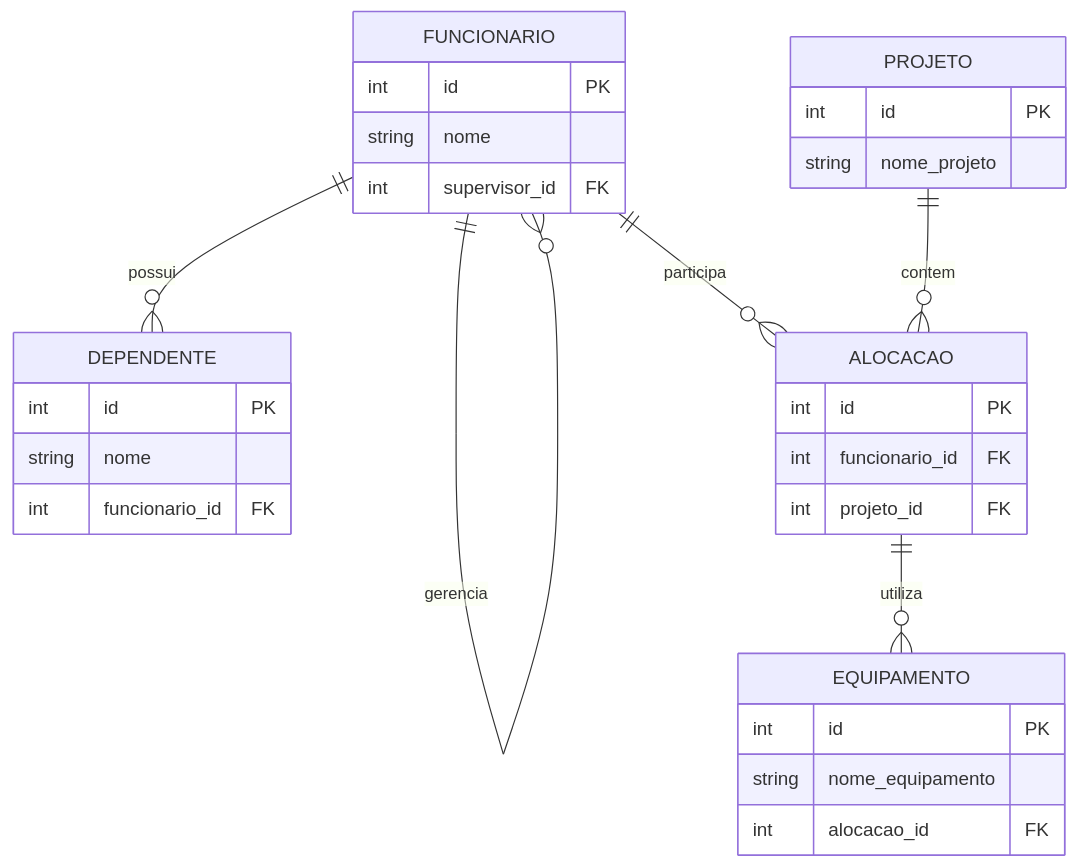
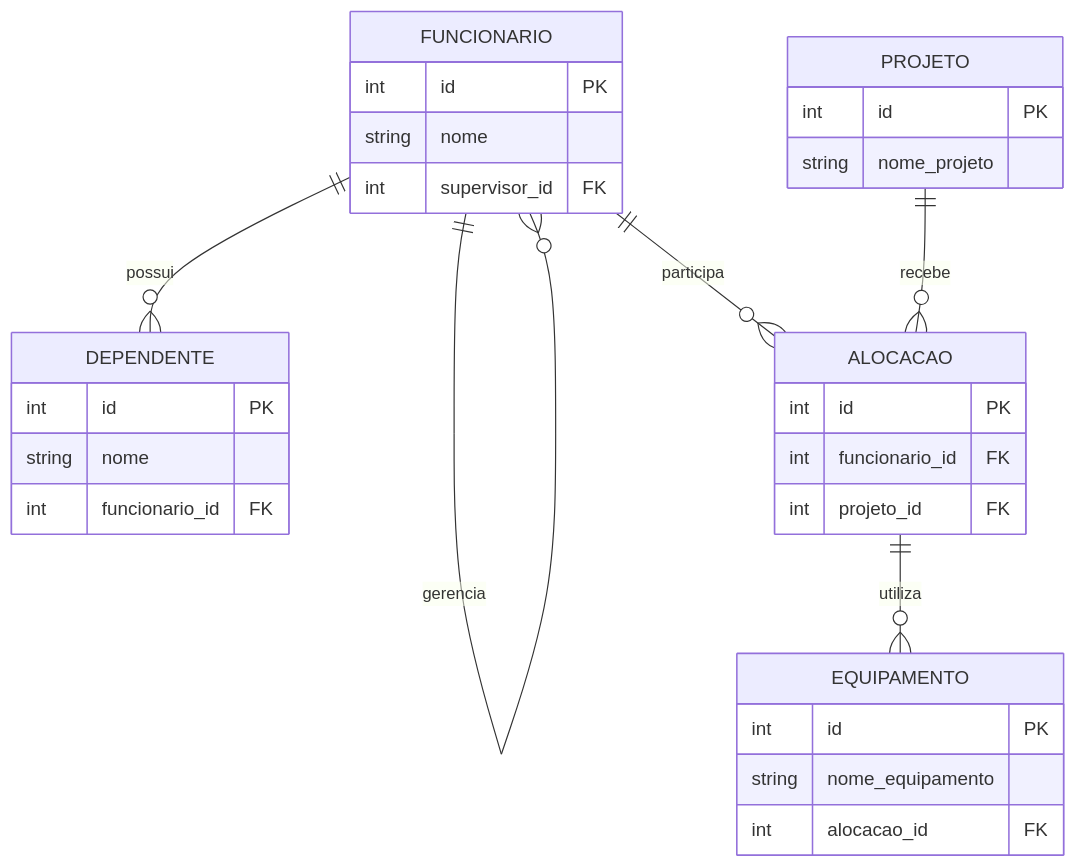
The diagram in README.md (jlmzin/projeto-bd-agregacao), drawn with Mermaid before and after one commit. The commit also changed other lines of this file, not shown here.

First line of the commit message:
Revise README with project details and ER diagram

````diff
--- a/README.md
+++ b/README.md
@@ -18,38 +34,38 @@
 ```mermaid
 erDiagram
-
-    FUNCIONARIO ||--o{ FUNCIONARIO : gerencia
-    FUNCIONARIO ||--o{ DEPENDENTE : possui
-    FUNCIONARIO ||--o{ ALOCACAO : participa
-    PROJETO ||--o{ ALOCACAO : contem
-    ALOCACAO ||--o{ EQUIPAMENTO : utiliza
 
     FUNCIONARIO {
         int id PK
         string nome
         int supervisor_id FK
     }
 
     DEPENDENTE {
         int id PK
         string nome
         int funcionario_id FK
     }
 
     PROJETO {
         int id PK
         string nome_projeto
     }
 
     ALOCACAO {
         int id PK
         int funcionario_id FK
         int projeto_id FK
     }
 
     EQUIPAMENTO {
         int id PK
         string nome_equipamento
         int alocacao_id FK
     }
+
+    FUNCIONARIO ||--o{ FUNCIONARIO : gerencia
+    FUNCIONARIO ||--o{ DEPENDENTE : possui
+    FUNCIONARIO ||--o{ ALOCACAO : participa
+    PROJETO ||--o{ ALOCACAO : recebe
+    ALOCACAO ||--o{ EQUIPAMENTO : utiliza
 ```
````
